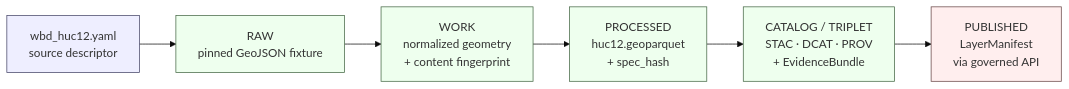
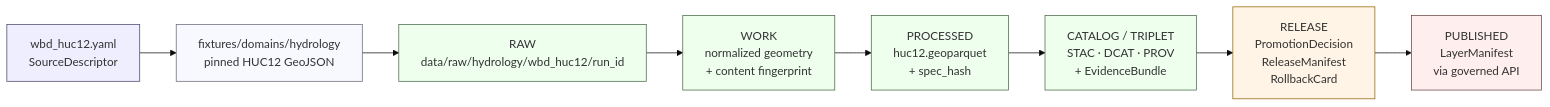
The diagram in docs/adr/ADR-0026-hydrology-source-spine-starts-with-wbd-huc12.md (bartytime4life/Kansas-Frontier-Matrix), drawn with Mermaid (base theme) before and after one commit. The commit also changed other lines of this file, not shown here.

````diff
--- a/docs/adr/ADR-0026-hydrology-source-spine-starts-with-wbd-huc12.md
+++ b/docs/adr/ADR-0026-hydrology-source-spine-starts-with-wbd-huc12.md
@@ -126,18 +192,24 @@
 ```mermaid
 flowchart LR
-    SD[wbd_huc12.yaml<br/>source descriptor]
-    R[RAW<br/>pinned GeoJSON fixture]
-    W[WORK<br/>normalized geometry<br/>+ content fingerprint]
-    P[PROCESSED<br/>huc12.geoparquet<br/>+ spec_hash]
-    C[CATALOG / TRIPLET<br/>STAC · DCAT · PROV<br/>+ EvidenceBundle]
+    DESC[wbd_huc12.yaml<br/>SourceDescriptor]
+    FIX[fixtures/domains/hydrology<br/>pinned HUC12 GeoJSON]
+    RAW[RAW<br/>data/raw/hydrology/wbd_huc12/run_id]
+    WORK[WORK<br/>normalized geometry<br/>+ content fingerprint]
+    PROC[PROCESSED<br/>huc12.geoparquet<br/>+ spec_hash]
+    CAT[CATALOG / TRIPLET<br/>STAC · DCAT · PROV<br/>+ EvidenceBundle]
+    REL[RELEASE<br/>PromotionDecision<br/>ReleaseManifest<br/>RollbackCard]
     PUB[PUBLISHED<br/>LayerManifest<br/>via governed API]
 
-    SD --> R --> W --> P --> C --> PUB
+    DESC --> FIX --> RAW --> WORK --> PROC --> CAT --> REL --> PUB
 
     classDef gov fill:#eef,stroke:#446,stroke-width:1px;
+    classDef fixture fill:#f8f8ff,stroke:#667,stroke-width:1px;
     classDef lifecycle fill:#efe,stroke:#464,stroke-width:1px;
+    classDef release fill:#fff4e6,stroke:#946200,stroke-width:1px;
     classDef public fill:#fee,stroke:#644,stroke-width:1px;
-    class SD gov
-    class R,W,P,C lifecycle
+    class DESC gov
+    class FIX fixture
+    class RAW,WORK,PROC,CAT lifecycle
+    class REL release
     class PUB public
 ```
````
